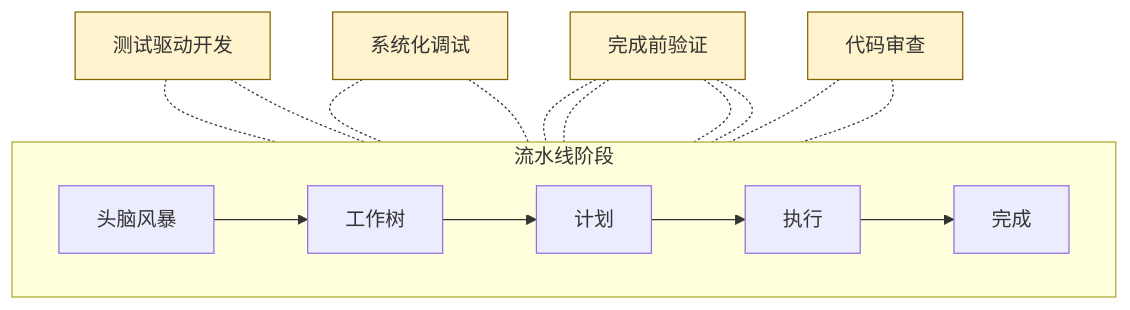
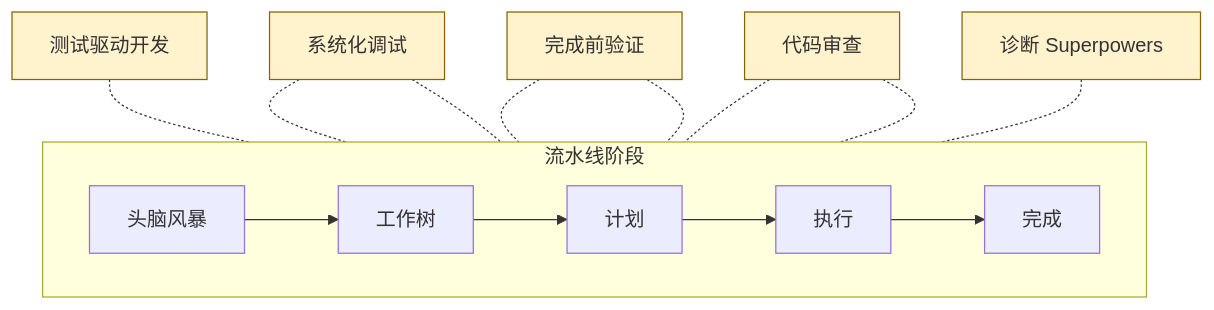
One commit to yongnianliu/superpowers changed the second of 3 diagrams in docs/zh/03-workflow.md. Above: the diagram before and after it, drawn with Mermaid. The commit also changed other lines of this file and 12 other files, not shown here.

````diff
--- a/docs/zh/03-workflow.md
+++ b/docs/zh/03-workflow.md
@@ -115,20 +162,18 @@
 ```mermaid
 flowchart TB
     subgraph pipeline["流水线阶段"]
         direction LR
         S1["头脑风暴"] --> S2["工作树"] --> S3["计划"] --> S4["执行"] --> S5["完成"]
     end
 
-    TDD["测试驱动开发"]:::cross -.- S3
-    TDD -.- S4
+    TDD["测试驱动开发"]:::cross -.- S4
     DBG["系统化调试"]:::cross -.- S4
     DBG -.- S5
-    VER["完成前验证"]:::cross -.- S1
-    VER -.- S3
-    VER -.- S4
+    VER["完成前验证"]:::cross -.- S4
     VER -.- S5
     CR["代码审查"]:::cross -.- S4
     CR -.- S5
+    DIA["诊断 Superpowers"]:::cross -.- pipeline
 
     classDef cross fill:#fff3cd,stroke:#856404
 ```
````
